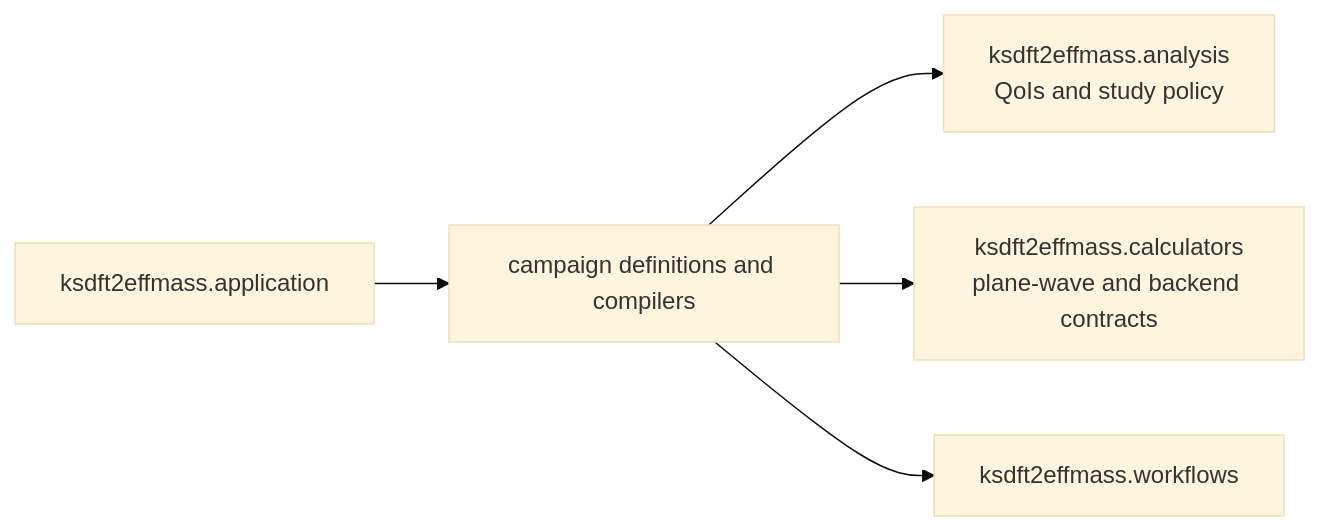
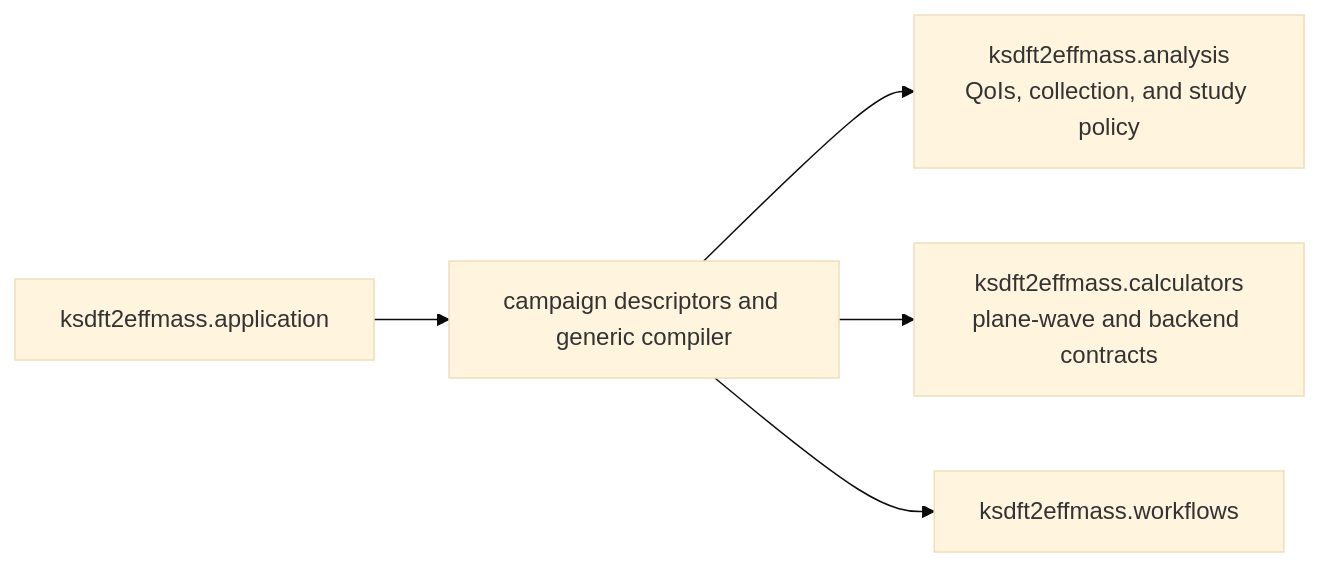
Before and after one commit to eragasa/ksdft2effmass: the diagram in docs/architecture/v2/ksdft2effmass/campaigns/index.md, drawn with Mermaid (base theme). The commit also changed other lines of this file and 49 other files, not shown here.

````diff
--- a/docs/architecture/v2/ksdft2effmass/campaigns/index.md
+++ b/docs/architecture/v2/ksdft2effmass/campaigns/index.md
@@ -9,7 +9,7 @@
 ```mermaid
 flowchart LR
-    campaigns["campaign definitions and compilers"] --> analysis["ksdft2effmass.analysis<br/>QoIs and study policy"]
+    campaigns["campaign descriptors and generic compiler"] --> analysis["ksdft2effmass.analysis<br/>QoIs, collection, and study policy"]
     campaigns --> calculators["ksdft2effmass.calculators<br/>plane-wave and backend contracts"]
     campaigns --> workflows["ksdft2effmass.workflows"]
     app["ksdft2effmass.application"] --> campaigns
 ```
````
